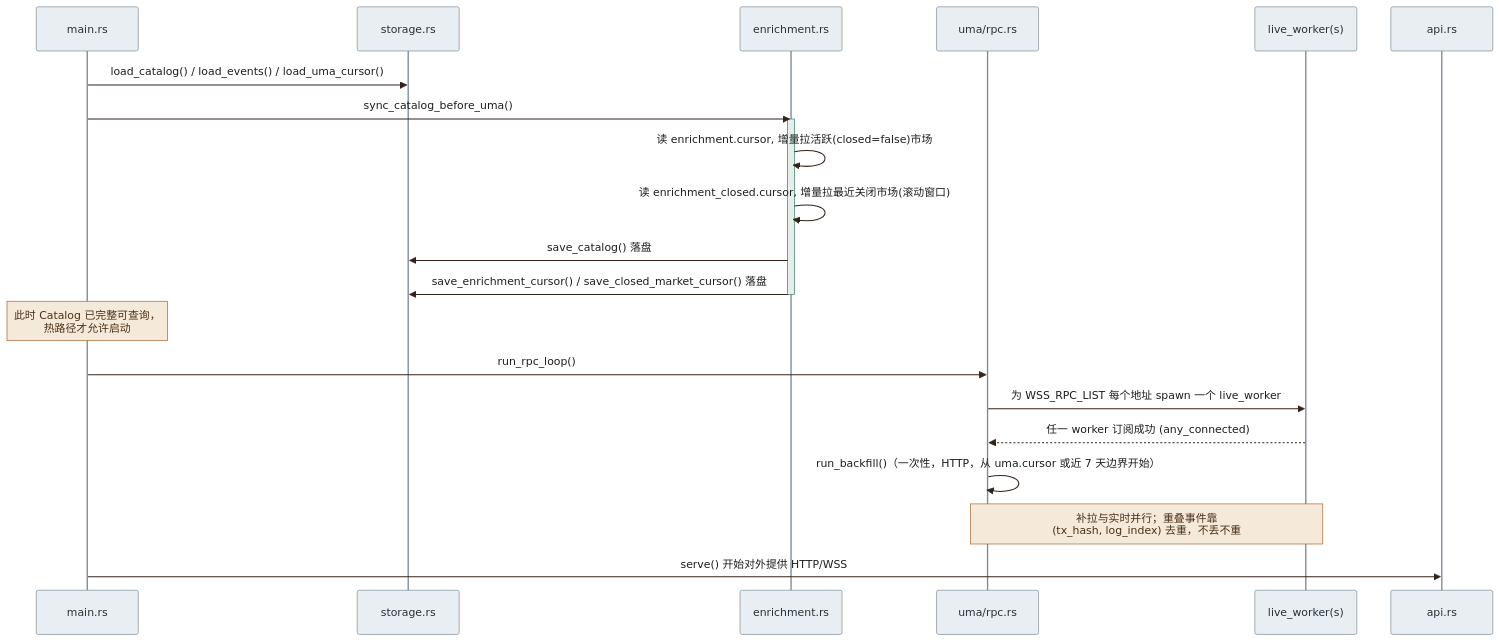
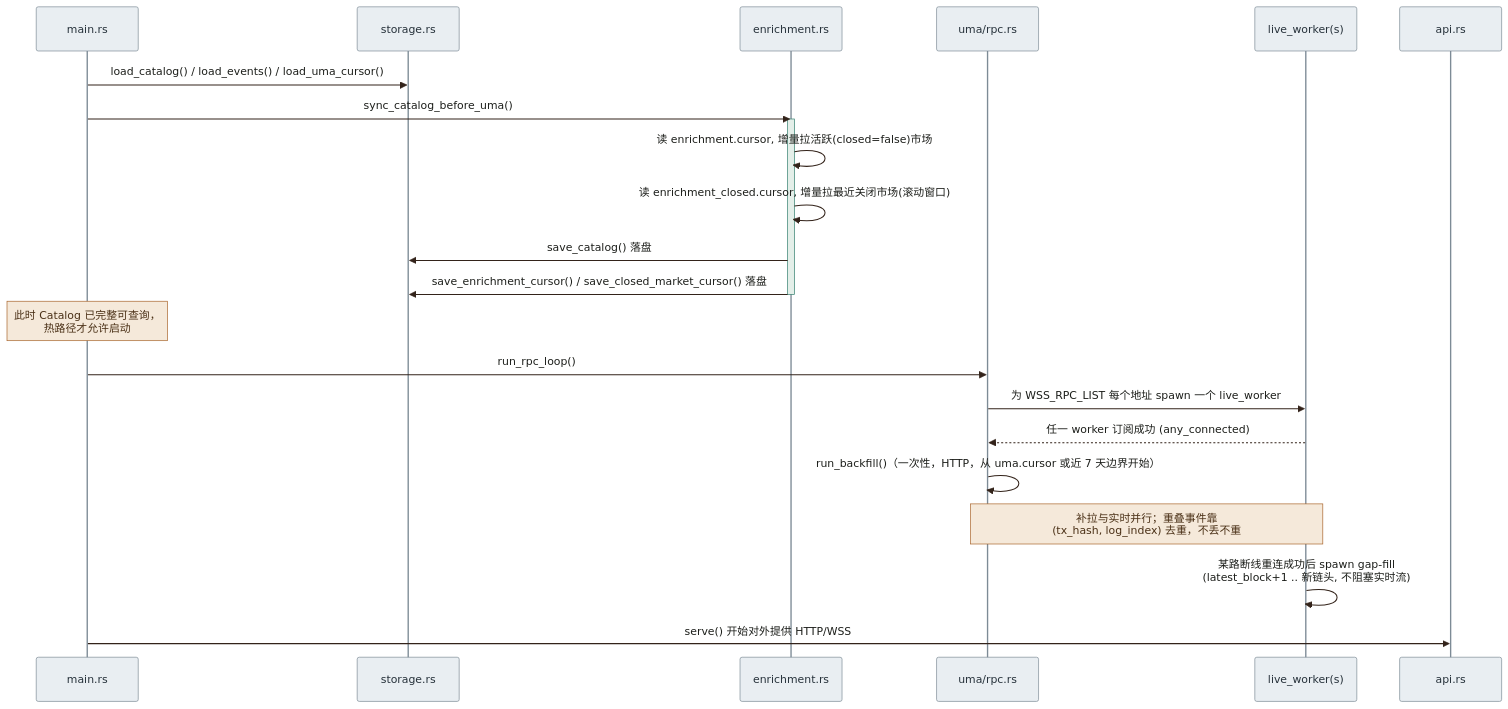
One commit to polymas/rust_uma changed the second of 3 diagrams in docs/ARCHITECTURE.md. Above: the diagram before and after it, drawn with Mermaid. The commit also changed other lines of this file and 2 other files, not shown here.

````diff
--- a/docs/ARCHITECTURE.md
+++ b/docs/ARCHITECTURE.md
@@ -109,33 +109,34 @@
 ```mermaid
 %%{init: {"theme": "base", "themeVariables": {
     "primaryColor": "#e9eef2", "primaryBorderColor": "#7d8b96", "primaryTextColor": "#26313a",
     "actorBkg": "#e9eef2", "actorBorder": "#7d8b96", "actorTextColor": "#26313a",
     "activationBkgColor": "#e4efe9", "activationBorderColor": "#2f7d6c",
     "noteBkgColor": "#f5e9da", "noteBorderColor": "#a8632a", "noteTextColor": "#4a3016",
     "lineColor": "#8a8878", "signalColor": "#33231a", "signalTextColor": "#1c1e1a",
     "sequenceNumberColor": "#ffffff"
 }}}%%
 sequenceDiagram
     participant Main as main.rs
     participant Storage as storage.rs
     participant Gamma as enrichment.rs
     participant Rpc as uma/rpc.rs
     participant Live as live_worker(s)
     participant Api as api.rs
 
     Main->>Storage: load_catalog() / load_events() / load_uma_cursor()
     Main->>Gamma: sync_catalog_before_uma()
     activate Gamma
     Gamma->>Gamma: 读 enrichment.cursor, 增量拉活跃(closed=false)市场
     Gamma->>Gamma: 读 enrichment_closed.cursor, 增量拉最近关闭市场(滚动窗口)
     Gamma->>Storage: save_catalog() 落盘
     Gamma->>Storage: save_enrichment_cursor() / save_closed_market_cursor() 落盘
     deactivate Gamma
     Note over Main: 此时 Catalog 已完整可查询，<br/>热路径才允许启动
     Main->>Rpc: run_rpc_loop()
     Rpc->>Live: 为 WSS_RPC_LIST 每个地址 spawn 一个 live_worker
     Live-->>Rpc: 任一 worker 订阅成功 (any_connected)
     Rpc->>Rpc: run_backfill()（一次性，HTTP，从 uma.cursor 或近 7 天边界开始）
     Note over Live,Rpc: 补拉与实时并行；重叠事件靠<br/>(tx_hash, log_index) 去重，不丢不重
+    Live->>Live: 某路断线重连成功后 spawn gap-fill<br/>(latest_block+1 .. 新链头, 不阻塞实时流)
     Main->>Api: serve() 开始对外提供 HTTP/WSS
 ```
````
